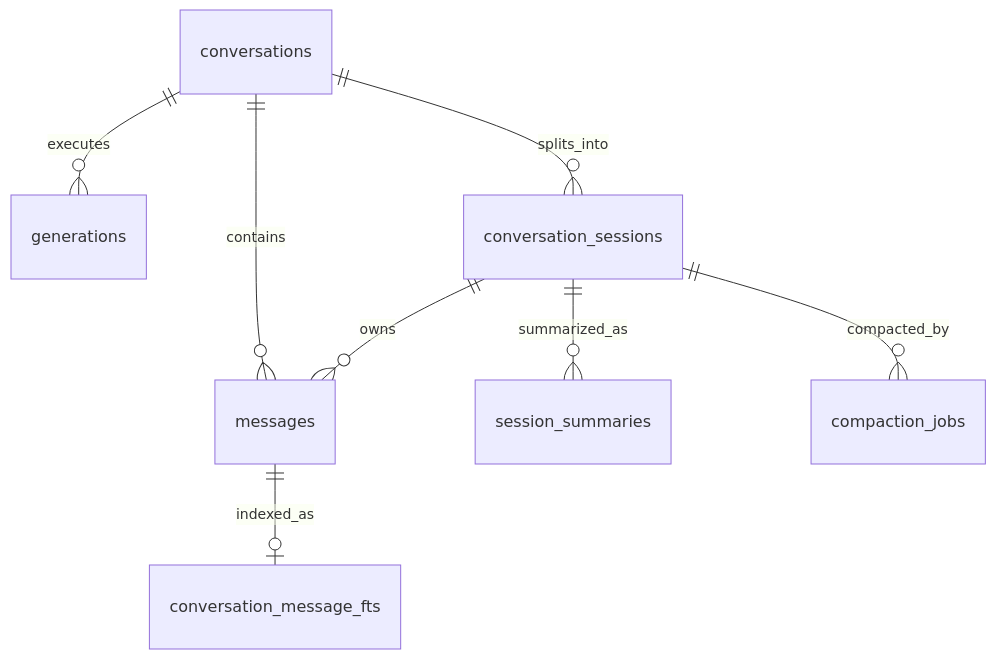
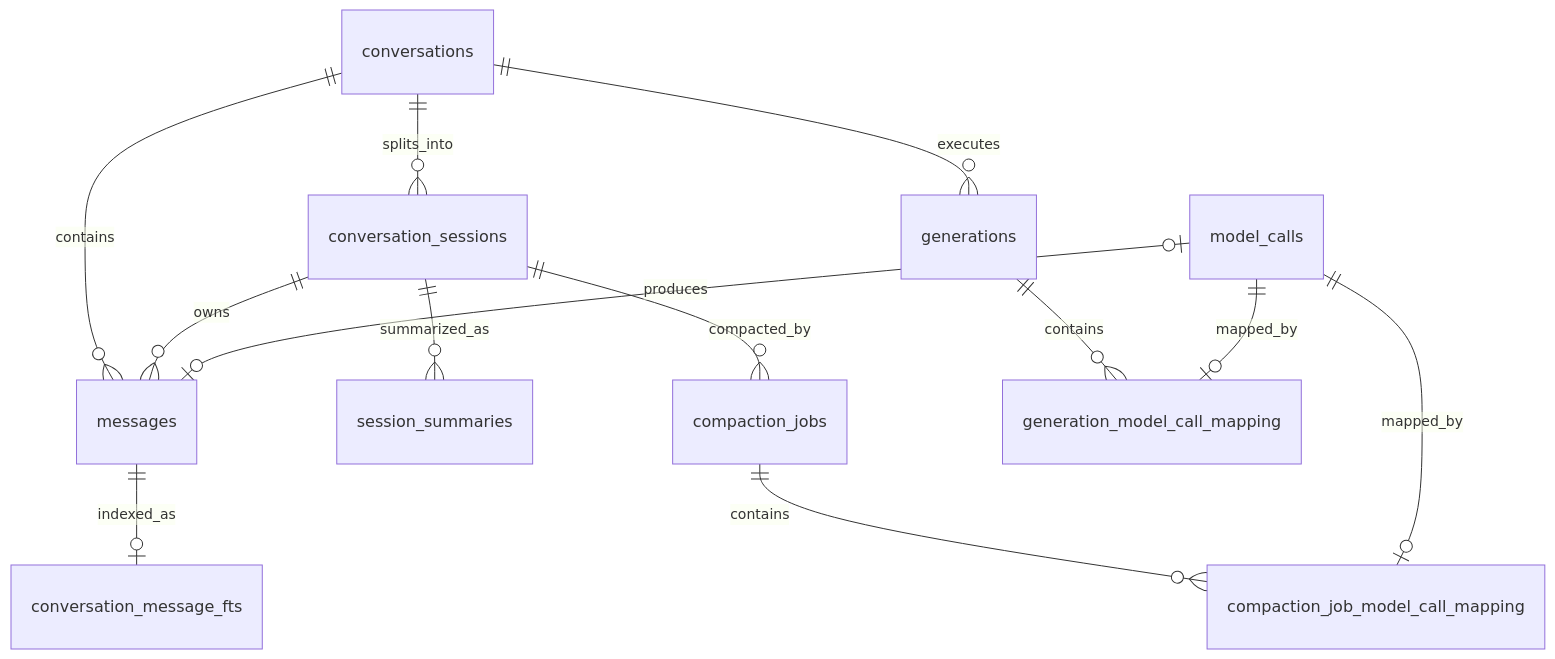
One commit to Mengman/CleoDoc changed the first of 2 diagrams in docs/DATABASE_DESIGN.md. Above: the diagram before and after it, drawn with Mermaid. The commit also changed other lines of this file and 22 other files, not shown here.

Commit message:
feat: persist reasoning and audit model calls

````diff
--- a/docs/DATABASE_DESIGN.md
+++ b/docs/DATABASE_DESIGN.md
@@ -47,10 +47,15 @@
 ```mermaid
 erDiagram
     conversations ||--o{ messages : contains
     conversations ||--o{ generations : executes
     conversations ||--o{ conversation_sessions : splits_into
     conversation_sessions ||--o{ messages : owns
     conversation_sessions ||--o{ session_summaries : summarized_as
     conversation_sessions ||--o{ compaction_jobs : compacted_by
     messages ||--o| conversation_message_fts : indexed_as
+    generations ||--o{ generation_model_call_mapping : contains
+    model_calls ||--o| generation_model_call_mapping : mapped_by
+    compaction_jobs ||--o{ compaction_job_model_call_mapping : contains
+    model_calls ||--o| compaction_job_model_call_mapping : mapped_by
+    model_calls o|--o| messages : produces
 ```
````
